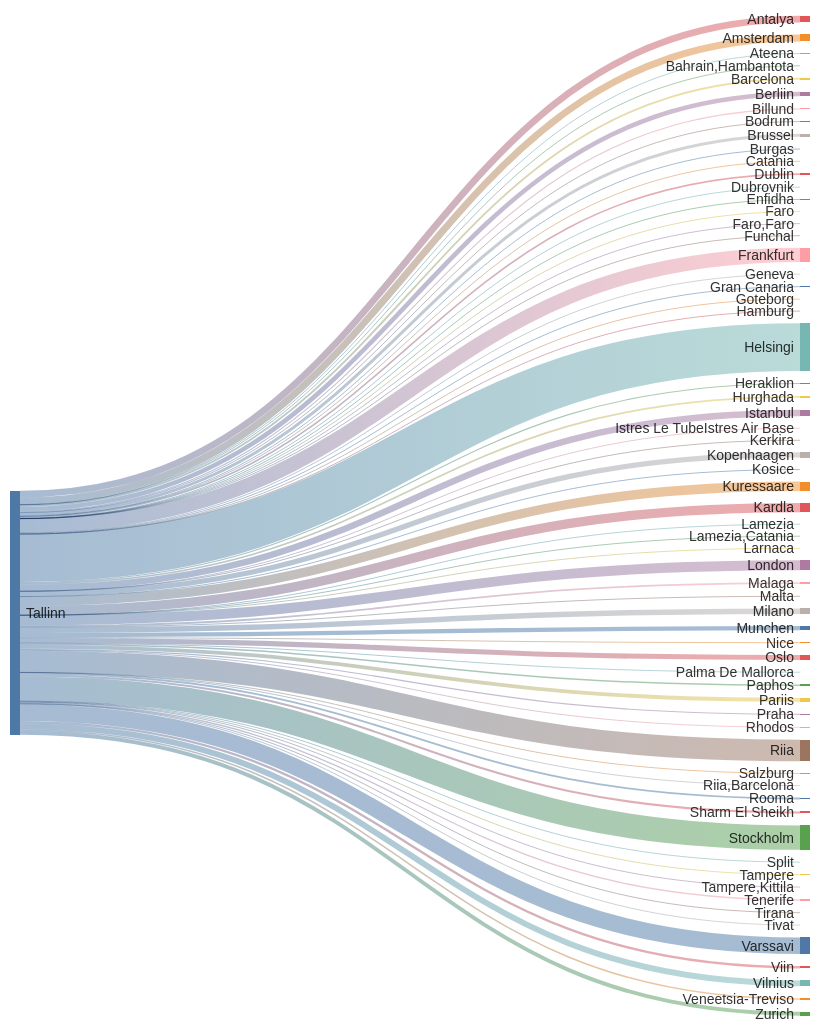
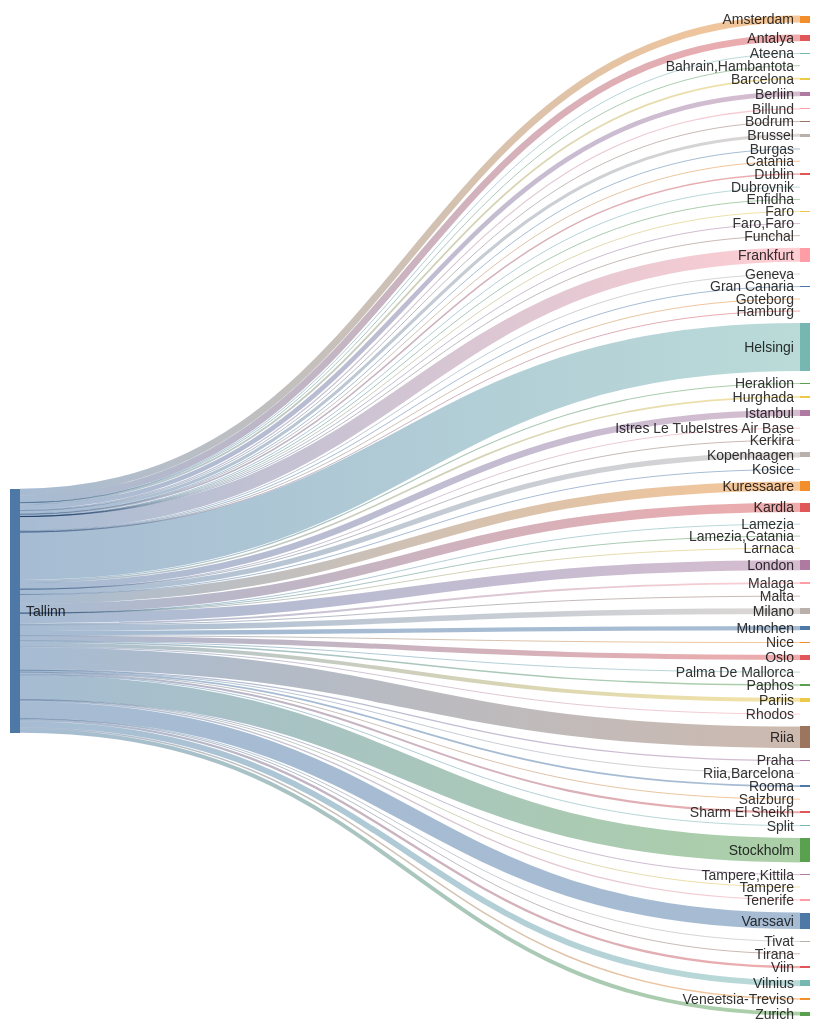
The second of 2 diagrams in README.md (rainermesi/tll-airport-departures), drawn with Mermaid before and after one commit. The commit also changed other lines of this file and 1 other file, not shown here.

````diff
--- a/README.md
+++ b/README.md
@@ -34,77 +34,77 @@
 ```mermaid
 ---
 config:
   sankey:
     showValues: false
     width: 800
     height: 1000
 ---
 sankey-beta
 %% source,target,value
-Tallinn,Amsterdam,309
-Tallinn,Antalya,299
+Tallinn,Amsterdam,311
+Tallinn,Antalya,301
 Tallinn,Ateena,16
 Tallinn,"Bahrain,Hambantota",1
 Tallinn,Barcelona,84
-Tallinn,Berliin,206
+Tallinn,Berliin,208
 Tallinn,Billund,51
 Tallinn,Bodrum,11
-Tallinn,Brussel,137
+Tallinn,Brussel,138
 Tallinn,Burgas,22
 Tallinn,Catania,2
 Tallinn,Dublin,70
 Tallinn,Dubrovnik,21
 Tallinn,Enfidha,7
 Tallinn,Faro,4
 Tallinn,"Faro,Faro",1
-Tallinn,Frankfurt,631
+Tallinn,Frankfurt,634
 Tallinn,Funchal,5
 Tallinn,Geneva,13
 Tallinn,Gran Canaria,38
 Tallinn,Goteborg,1
 Tallinn,Hamburg,2
-Tallinn,Helsingi,2125
+Tallinn,Helsingi,2135
 Tallinn,Heraklion,50
 Tallinn,Hurghada,75
-Tallinn,Istanbul,286
+Tallinn,Istanbul,287
 Tallinn,Istres Le TubeIstres Air Base,2
 Tallinn,Kerkira,4
 Tallinn,Kopenhaagen,233
 Tallinn,Kosice,1
-Tallinn,Kuressaare,413
-Tallinn,Kardla,413
+Tallinn,Kuressaare,415
+Tallinn,Kardla,415
 Tallinn,Lamezia,1
 Tallinn,"Lamezia,Catania",3
 Tallinn,Larnaca,4
-Tallinn,London,441
+Tallinn,London,443
 Tallinn,Malaga,82
 Tallinn,Malta,16
 Tallinn,Milano,247
-Tallinn,Munchen,192
+Tallinn,Munchen,194
 Tallinn,Nice,27
-Tallinn,Oslo,225
+Tallinn,Oslo,226
 Tallinn,Palma De Mallorca,20
 Tallinn,Paphos,66
-Tallinn,Pariis,170
-Tallinn,Praha,52
-Tallinn,Rhodos,34
-Tallinn,Riia,958
+Tallinn,Pariis,172
+Tallinn,Praha,53
+Tallinn,Rhodos,35
+Tallinn,Riia,962
 Tallinn,"Riia,Barcelona",1
 Tallinn,Rooma,80
 Tallinn,Salzburg,14
 Tallinn,Sharm El Sheikh,92
-Tallinn,Split,27
-Tallinn,Stockholm,1086
+Tallinn,Split,28
+Tallinn,Stockholm,1089
 Tallinn,Tampere,17
 Tallinn,"Tampere,Kittila",21
 Tallinn,Tenerife,58
 Tallinn,Tirana,8
 Tallinn,Tivat,29
-Tallinn,Varssavi,735
+Tallinn,Varssavi,738
 Tallinn,Veneetsia-Treviso,67
 Tallinn,Viin,106
-Tallinn,Vilnius,262
-Tallinn,Zurich,176
+Tallinn,Vilnius,263
+Tallinn,Zurich,177
 
 
 ```
````
